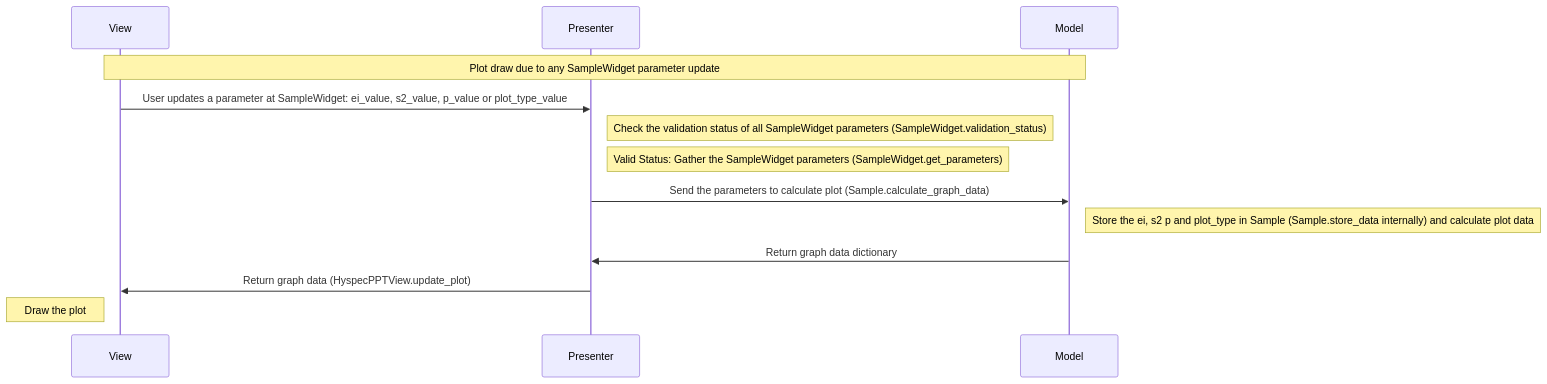
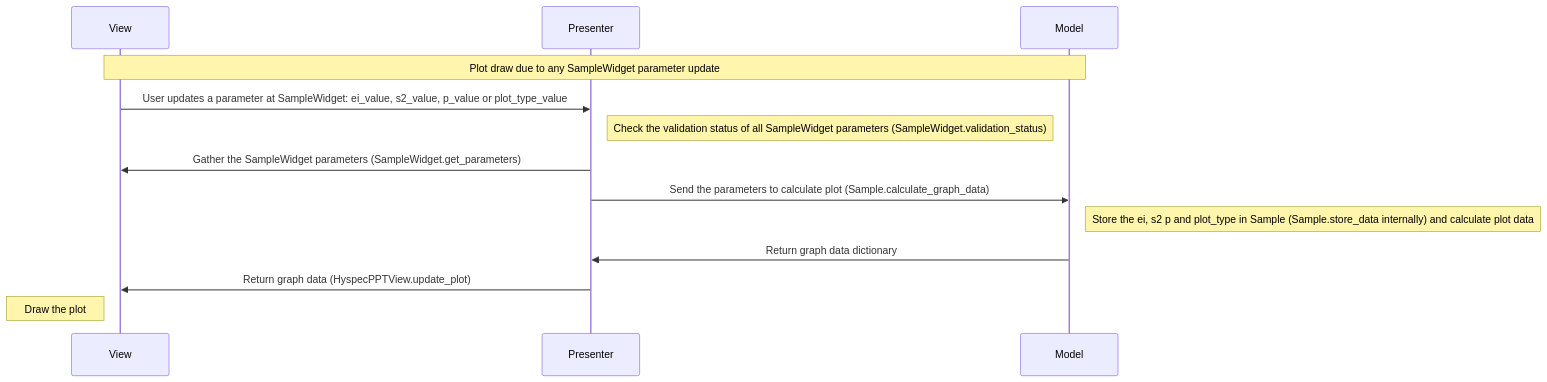
Before and after one commit to neutrons/hyspecppt: the sixth of 13 diagrams in docs/source/design/hyspecpptclasses.rst, drawn with Mermaid. The commit also changed other lines of this file, not shown here.

Commit message:
workflow presenter -view connections update

```diff
--- a/docs/source/design/hyspecpptclasses.rst
+++ b/docs/source/design/hyspecpptclasses.rst
@@ -464,16 +464,16 @@
         .. mermaid::
 
             sequenceDiagram
                 participant View
                 participant Presenter
                 participant Model
 
                 Note over View,Model: Plot draw due to any SampleWidget parameter update
                 View->>Presenter: User updates a parameter at SampleWidget: ei_value, s2_value, p_value or plot_type_value
                 Note right of Presenter: Check the validation status of all SampleWidget parameters (SampleWidget.validation_status)
-                Note right of Presenter: Valid Status: Gather the SampleWidget parameters (SampleWidget.get_parameters)
+                Presenter->>View: Gather the SampleWidget parameters (SampleWidget.get_parameters)
                 Presenter->>Model: Send the parameters to calculate plot (Sample.calculate_graph_data)
                 Note right of Model: Store the ei, s2 p and plot_type in Sample (Sample.store_data internally) and calculate plot data
                 Model->>Presenter: Return graph data dictionary
                 Presenter->>View: Return graph data (HyspecPPTView.update_plot)
                 Note left of View: Draw the plot
```
